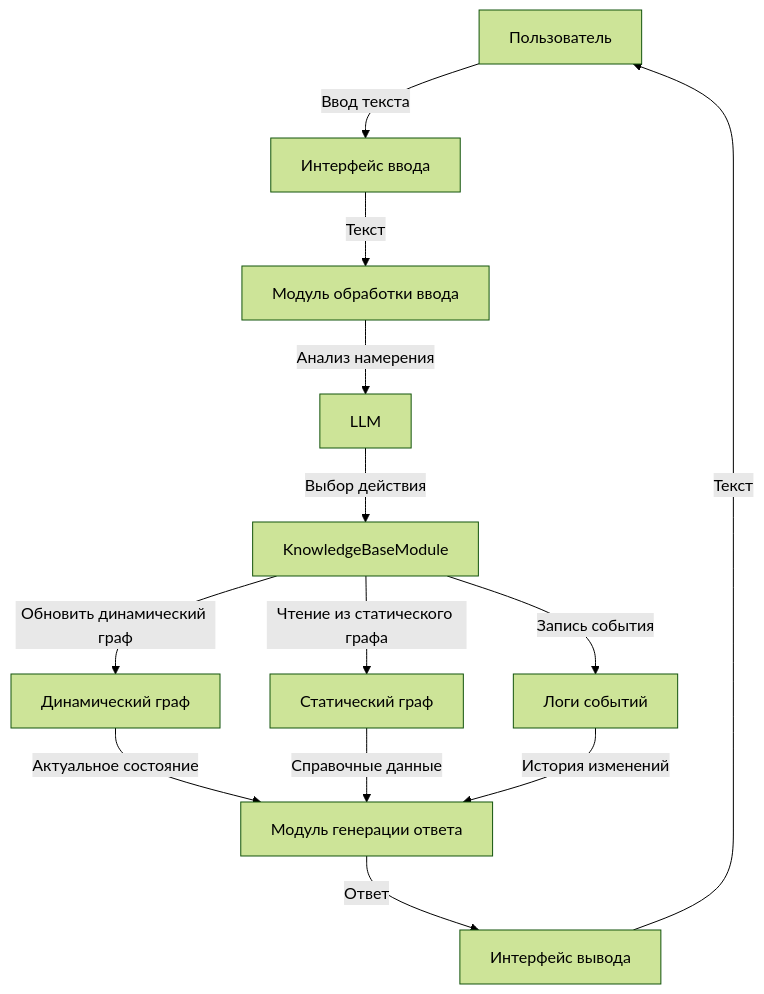
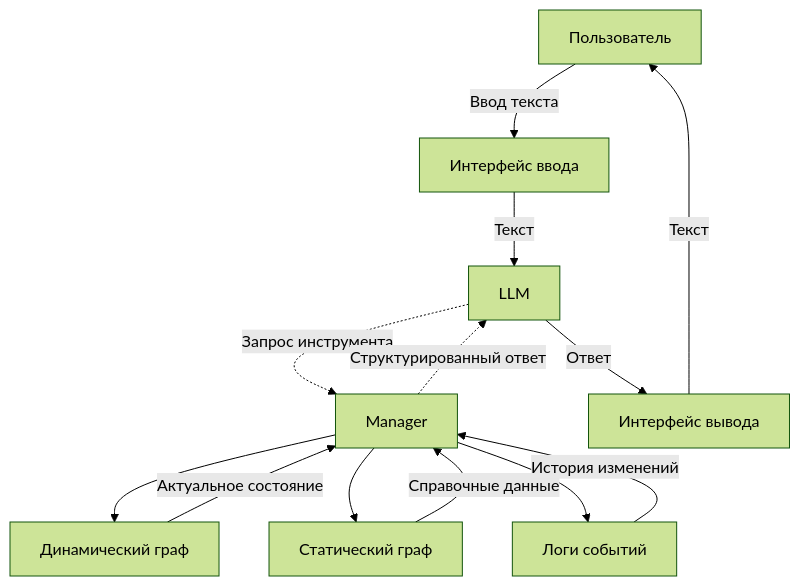
Before and after one commit to Bataevk/QuipQuill: the first of 4 diagrams in docs/update_diagrams.md, drawn with Mermaid (forest theme). The commit also changed other lines of this file and 1 other file, not shown here.

Commit message:
change Data Flow Diagram

````diff
--- a/docs/update_diagrams.md
+++ b/docs/update_diagrams.md
@@ -4,15 +4,15 @@
 ```mermaid
 graph TD
     A[Пользователь] -->|Ввод текста| B[Интерфейс ввода]
-    B -->|Текст| C[Модуль обработки ввода]
-    C -->|Анализ намерения| D[LLM]
-    D -->|Выбор действия| E[KnowledgeBaseModule]
-    E -->|Обновить динамический граф| F[Динамический граф]
-    E -->|Запись события| G[Логи событий]
-    E -->|Чтение из статического графа| H[Статический граф]
-    F -->|Актуальное состояние| I[Модуль генерации ответа]
-    H -->|Справочные данные| I
-    G -->|История изменений| I
-    I -->|Ответ| J[Интерфейс вывода]
+    B -->|Текст| D[LLM]
+    D -.->|Запрос инструмента| M[Manager]
+    F[Динамический граф] -->|Актуальное состояние| M
+    H[Статический граф] -->|Справочные данные| M
+    G[Логи событий] -->|История изменений| M
+    M -.->|Структурированный ответ| D
+    D -->|Ответ| J[Интерфейс вывода]
     J -->|Текст| A
+    M --> F
+    M --> H
+    M --> G
 ```
````
